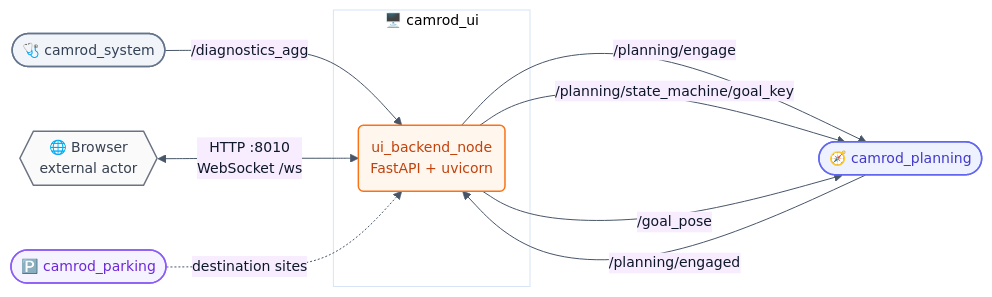
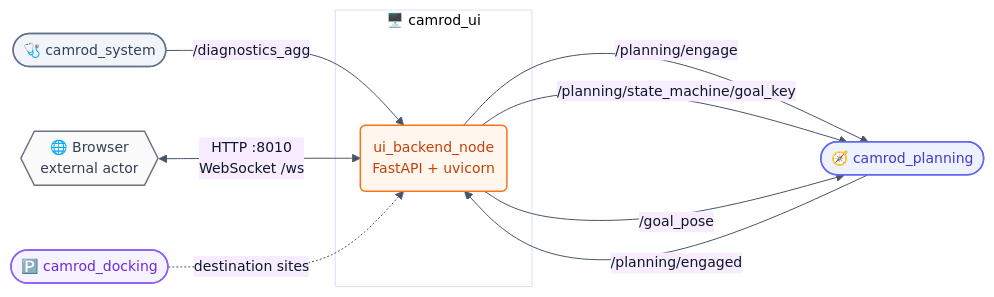
Before and after one commit to hwanhonglee/CAMROD: the first of 5 diagrams in camrod_ui/README.md, drawn with Mermaid. The commit also changed other lines of this file and 12 other files, not shown here.

First line of the commit message:
docs(HH_260528): rename camrod_parking → camrod_docking across all READMEs

````diff
--- a/camrod_ui/README.md
+++ b/camrod_ui/README.md
@@ -46,25 +46,25 @@
 ```mermaid
 %%{init: {'theme': 'base', 'themeVariables': {'fontFamily': 'ui-sans-serif, system-ui, sans-serif', 'fontSize': '14px', 'primaryColor': '#FFF7ED', 'primaryTextColor': '#0F172A', 'primaryBorderColor': '#F97316', 'lineColor': '#475569'}, 'flowchart': {'curve': 'basis', 'htmlLabels': true, 'padding': 12}}}%%
 graph LR
   BROWSER{{🌐 Browser\nexternal actor}}:::hardware
 
   SYS([🩺 camrod_system]):::system    -->|/diagnostics_agg| UI
   PLAN([🧭 camrod_planning]):::planning -->|/planning/engaged| UI
 
   subgraph UI_BOX["🖥️ camrod_ui"]
     UI(ui_backend_node\nFastAPI + uvicorn):::ui
   end
 
   BROWSER <-->|HTTP :8010\nWebSocket /ws| UI
 
   UI -->|/planning/engage| PLAN
   UI -->|/planning/state_machine/goal_key| PLAN
   UI -->|/goal_pose| PLAN
-  PARK([🅿️ camrod_parking]):::parking -.->|destination sites| UI
+  PARK([🅿️ camrod_docking]):::docking -.->|destination sites| UI
 
   classDef ui           fill:#FFF7ED,stroke:#F97316,stroke-width:1.5px,color:#C2410C;
   classDef system       fill:#F1F5F9,stroke:#64748B,stroke-width:1.5px,color:#334155;
   classDef planning     fill:#EEF2FF,stroke:#6366F1,stroke-width:1.5px,color:#4338CA;
-  classDef parking      fill:#F5F3FF,stroke:#8B5CF6,stroke-width:1.5px,color:#6D28D9;
+  classDef docking      fill:#F5F3FF,stroke:#8B5CF6,stroke-width:1.5px,color:#6D28D9;
   classDef hardware     fill:#FAFAFA,stroke:#6B7280,stroke-width:1.5px,color:#374151;
 ```
````
